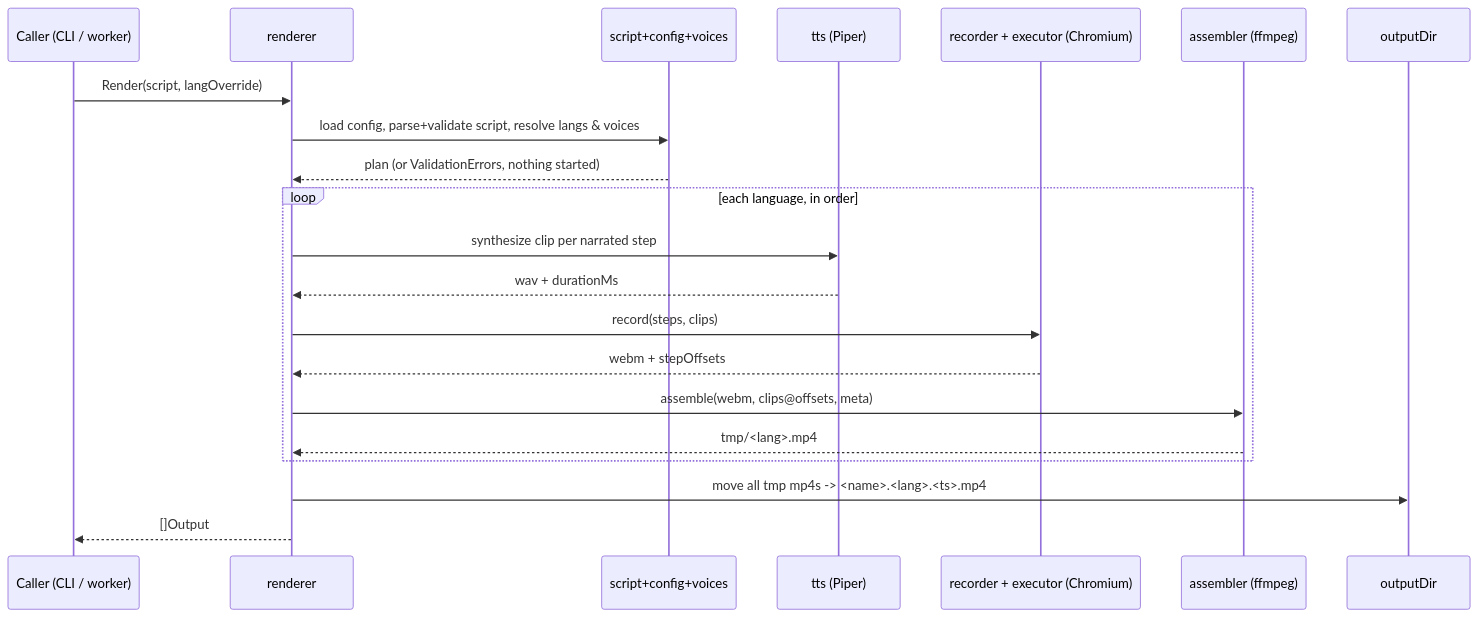
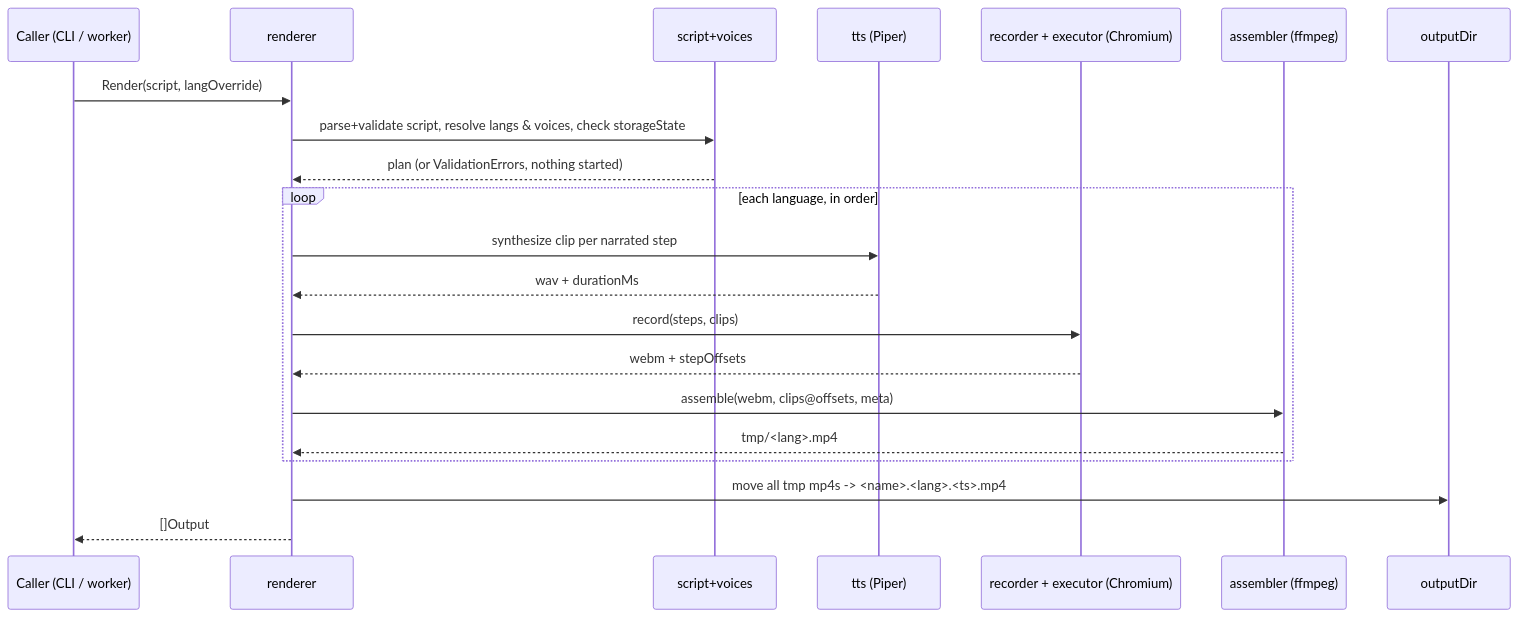
One commit to makuchpatryk/screencaster changed the second of 3 diagrams in docs/ARCHITECTURE.md. Above: the diagram before and after it, drawn with Mermaid. The commit also changed other lines of this file and 40 other files, not shown here.

````diff
--- a/docs/ARCHITECTURE.md
+++ b/docs/ARCHITECTURE.md
@@ -92,24 +91,24 @@
 ```mermaid
 sequenceDiagram
     participant C as Caller (CLI / worker)
     participant R as renderer
-    participant V as script+config+voices
+    participant V as script+voices
     participant T as tts (Piper)
     participant B as recorder + executor (Chromium)
     participant A as assembler (ffmpeg)
     participant FS as outputDir
 
     C->>R: Render(script, langOverride)
-    R->>V: load config, parse+validate script, resolve langs & voices
+    R->>V: parse+validate script, resolve langs & voices, check storageState
     V-->>R: plan (or ValidationErrors, nothing started)
     loop each language, in order
         R->>T: synthesize clip per narrated step
         T-->>R: wav + durationMs
         R->>B: record(steps, clips)
         B-->>R: webm + stepOffsets
         R->>A: assemble(webm, clips@offsets, meta)
         A-->>R: tmp/<lang>.mp4
     end
     R->>FS: move all tmp mp4s -> <name>.<lang>.<ts>.mp4
     R-->>C: []Output
 ```
````
